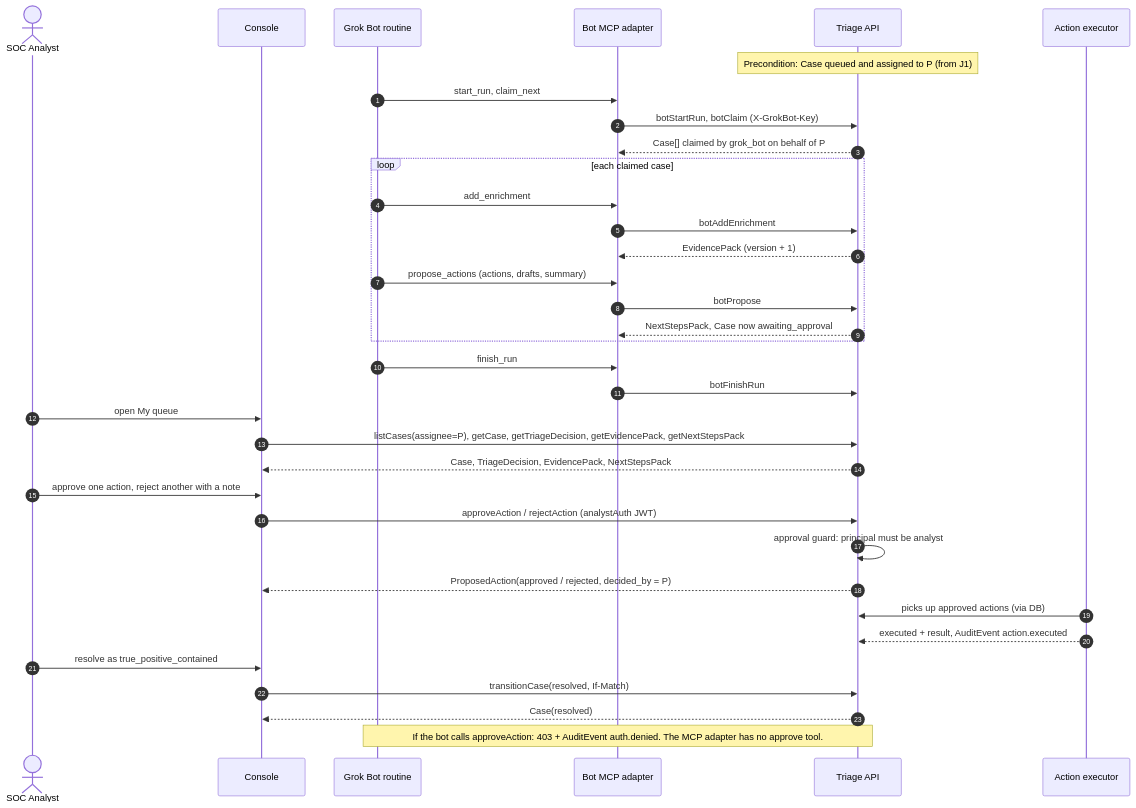
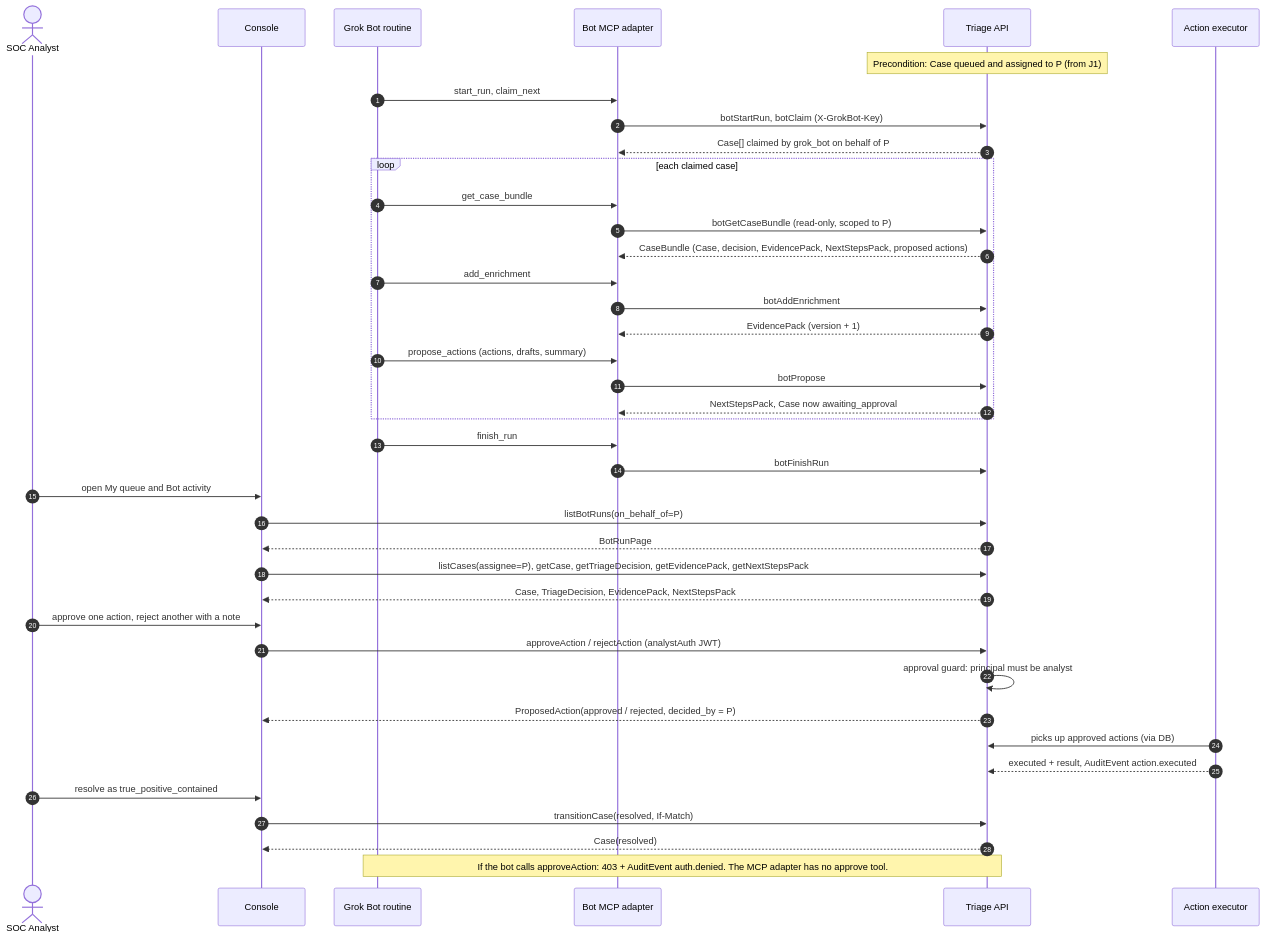
The diagram in docs/uml/seq-j2-analyst-assisted-triage.md (vihag/agentic-triage), drawn with Mermaid before and after one commit. The commit also changed other lines of this file and 22 other files, not shown here.

Commit message:
docs: mark contract gaps 1-2 closed (botGetCaseBundle, listBotRuns from #33); update J2, MCP adapter, console, contract map

````diff
--- a/docs/uml/seq-j2-analyst-assisted-triage.md
+++ b/docs/uml/seq-j2-analyst-assisted-triage.md
@@ -3,38 +3,43 @@
 ```mermaid
 %% name: uml-j2-sequence-analyst-assisted-triage
 sequenceDiagram
   autonumber
   actor P as SOC Analyst
   participant UI as Console
   participant B as Grok Bot routine
   participant M as Bot MCP adapter
   participant API as Triage API
   participant X as Action executor
   Note over API: Precondition: Case queued and assigned to P (from J1)
   B->>M: start_run, claim_next
   M->>API: botStartRun, botClaim (X-GrokBot-Key)
   API-->>M: Case[] claimed by grok_bot on behalf of P
   loop each claimed case
+    B->>M: get_case_bundle
+    M->>API: botGetCaseBundle (read-only, scoped to P)
+    API-->>M: CaseBundle (Case, decision, EvidencePack, NextStepsPack, proposed actions)
     B->>M: add_enrichment
     M->>API: botAddEnrichment
     API-->>M: EvidencePack (version + 1)
     B->>M: propose_actions (actions, drafts, summary)
     M->>API: botPropose
     API-->>M: NextStepsPack, Case now awaiting_approval
   end
   B->>M: finish_run
   M->>API: botFinishRun
-  P->>UI: open My queue
+  P->>UI: open My queue and Bot activity
+  UI->>API: listBotRuns(on_behalf_of=P)
+  API-->>UI: BotRunPage
   UI->>API: listCases(assignee=P), getCase, getTriageDecision, getEvidencePack, getNextStepsPack
   API-->>UI: Case, TriageDecision, EvidencePack, NextStepsPack
   P->>UI: approve one action, reject another with a note
   UI->>API: approveAction / rejectAction (analystAuth JWT)
   API->>API: approval guard: principal must be analyst
   API-->>UI: ProposedAction(approved / rejected, decided_by = P)
   X->>API: picks up approved actions (via DB)
   X-->>API: executed + result, AuditEvent action.executed
   P->>UI: resolve as true_positive_contained
   UI->>API: transitionCase(resolved, If-Match)
   API-->>UI: Case(resolved)
   Note over B,API: If the bot calls approveAction: 403 + AuditEvent auth.denied. The MCP adapter has no approve tool.
 ```
````
